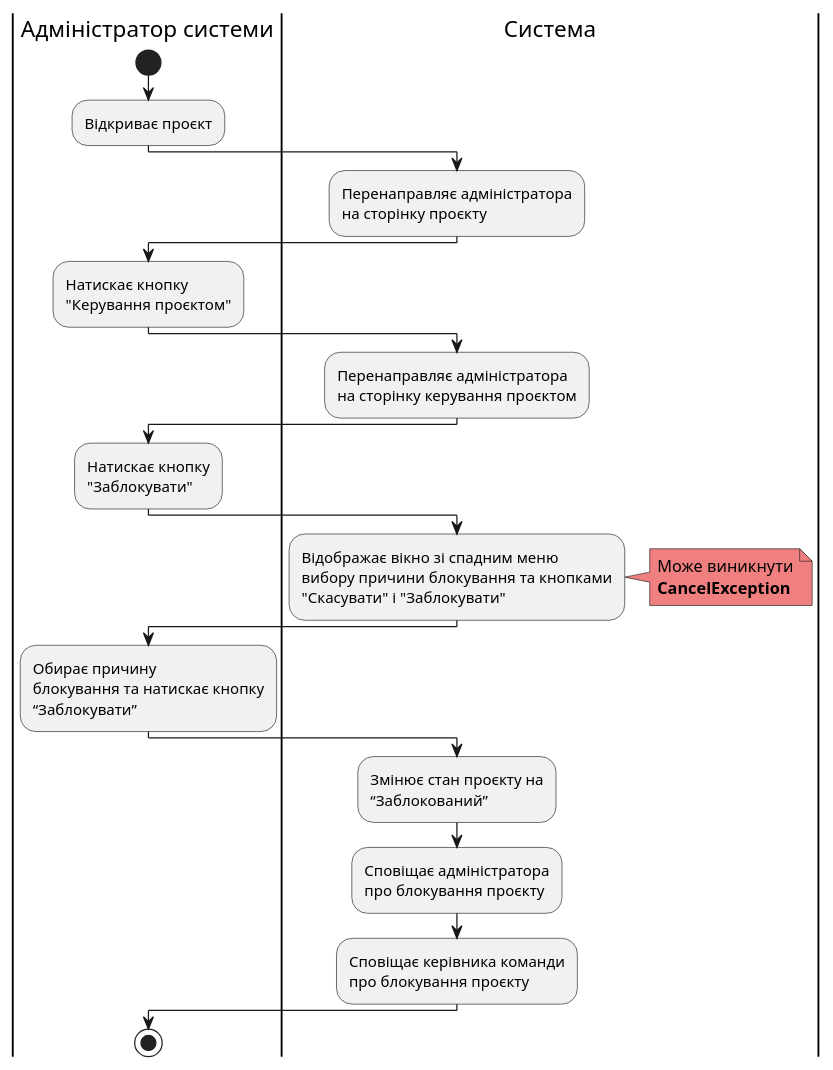
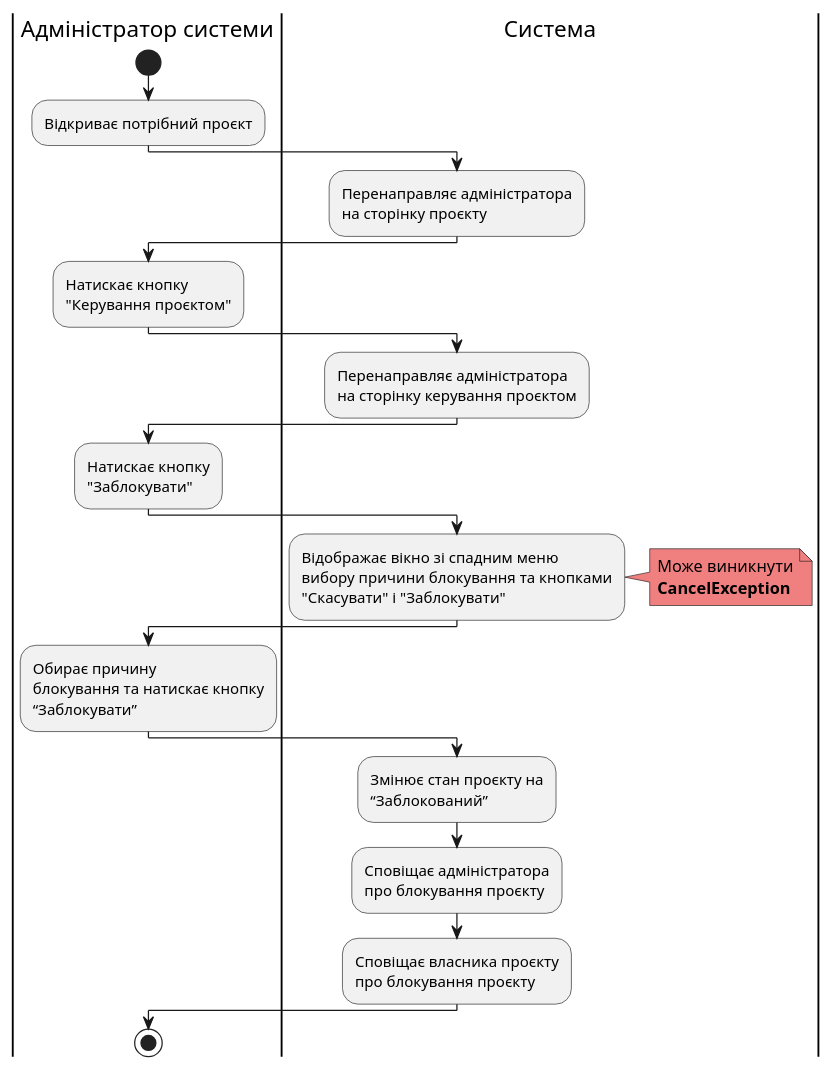
Before and after one commit to samoilenkomariia/db-coursework: diagram 19 of 23 in docs/use cases/README.md, drawn with PlantUML. The commit also changed other lines of this file, not shown here.

```diff
--- a/docs/use cases/README.md
+++ b/docs/use cases/README.md
@@ -841,29 +841,29 @@
 @startuml
       
       |Адміністратор системи|
       start
-      :Відкриває проєкт;
+      :Відкриває потрібний проєкт;
       |Система|
       :Перенаправляє адміністратора\nна сторінку проєкту;
       |Адміністратор системи|
       :Натискає кнопку\n"Керування проєктом";
       |Система|
       :Перенаправляє адміністратора\nна сторінку керування проєктом;
       |Адміністратор системи|
       :Натискає кнопку\n"Заблокувати";
       |Система|
       :Відображає вікно зі спадним меню\nвибору причини блокування та кнопками\n"Скасувати" і "Заблокувати";
       note right #lightcoral
          Може виникнути
          <b>CancelException</b>
       end note
       |Адміністратор системи|
       :Обирає причину\nблокування та натискає кнопку\n“Заблокувати”;
       |Система|
       :Змінює стан проєкту на\n“Заблокований”;
       :Сповіщає адміністратора\nпро блокування проєкту;
-      :Сповіщає керівника команди\nпро блокування проєкту;
+      :Сповіщає власника проєкту\nпро блокування проєкту;
       |Адміністратор системи|
       stop
     
 @enduml
```
